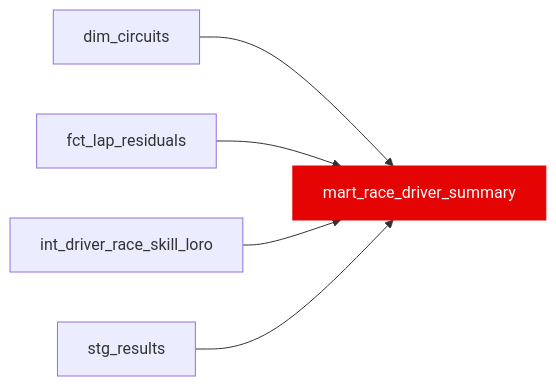
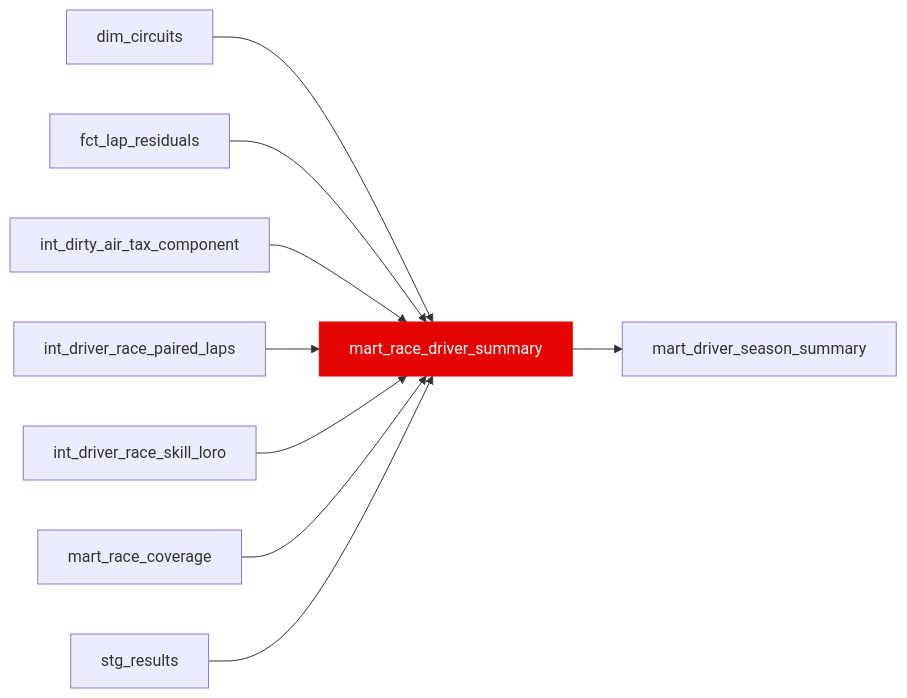
One commit to JustinClarke/off-the-pace changed the diagram in docs/reference/models/fct/mart_race_driver_summary.mdx. Above: the diagram before and after it, drawn with Mermaid. The commit also changed other lines of this file and 286 other files, not shown here.

````diff
--- a/docs/reference/models/fct/mart_race_driver_summary.mdx
+++ b/docs/reference/models/fct/mart_race_driver_summary.mdx
@@ -15,8 +15,12 @@
 ```mermaid
 flowchart LR
   dim_circuits --> mart_race_driver_summary
   fct_lap_residuals --> mart_race_driver_summary
+  int_dirty_air_tax_component --> mart_race_driver_summary
+  int_driver_race_paired_laps --> mart_race_driver_summary
   int_driver_race_skill_loro --> mart_race_driver_summary
+  mart_race_coverage --> mart_race_driver_summary
   stg_results --> mart_race_driver_summary
+  mart_race_driver_summary --> mart_driver_season_summary
   style mart_race_driver_summary fill:#e40404,stroke:#e40404,color:#fff
 ```
````
